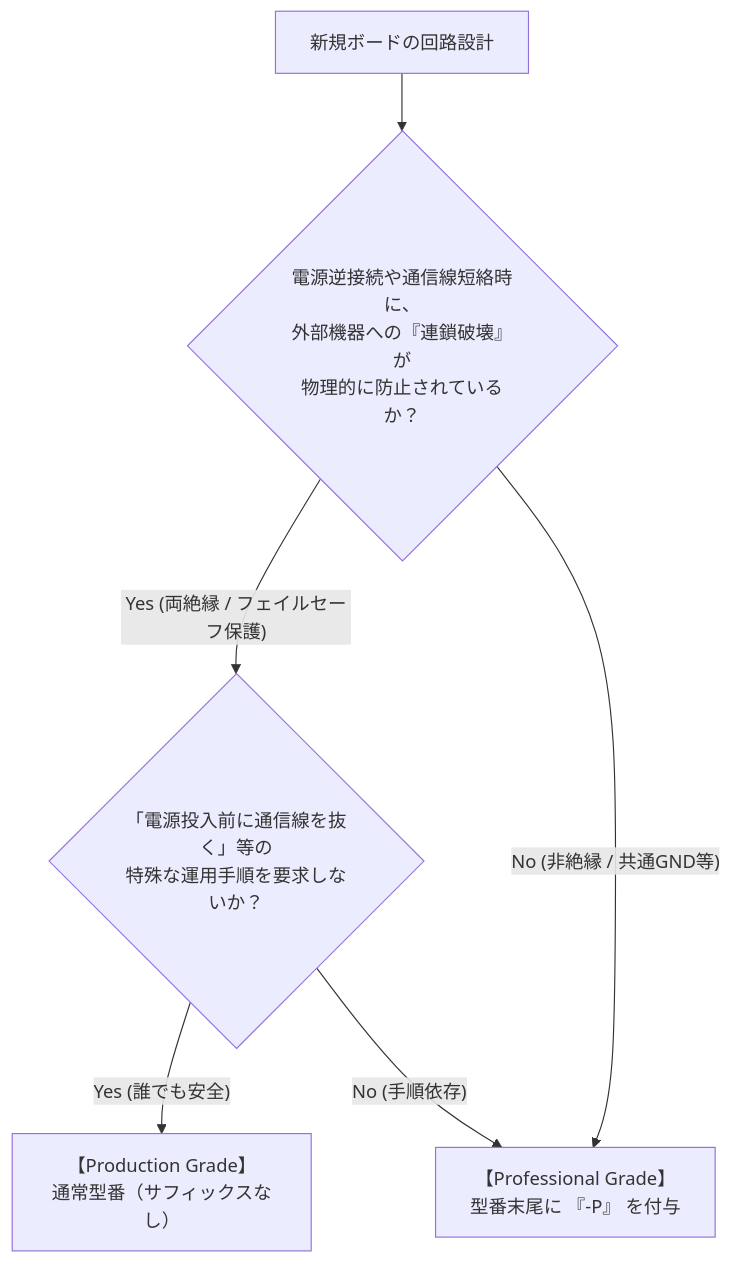
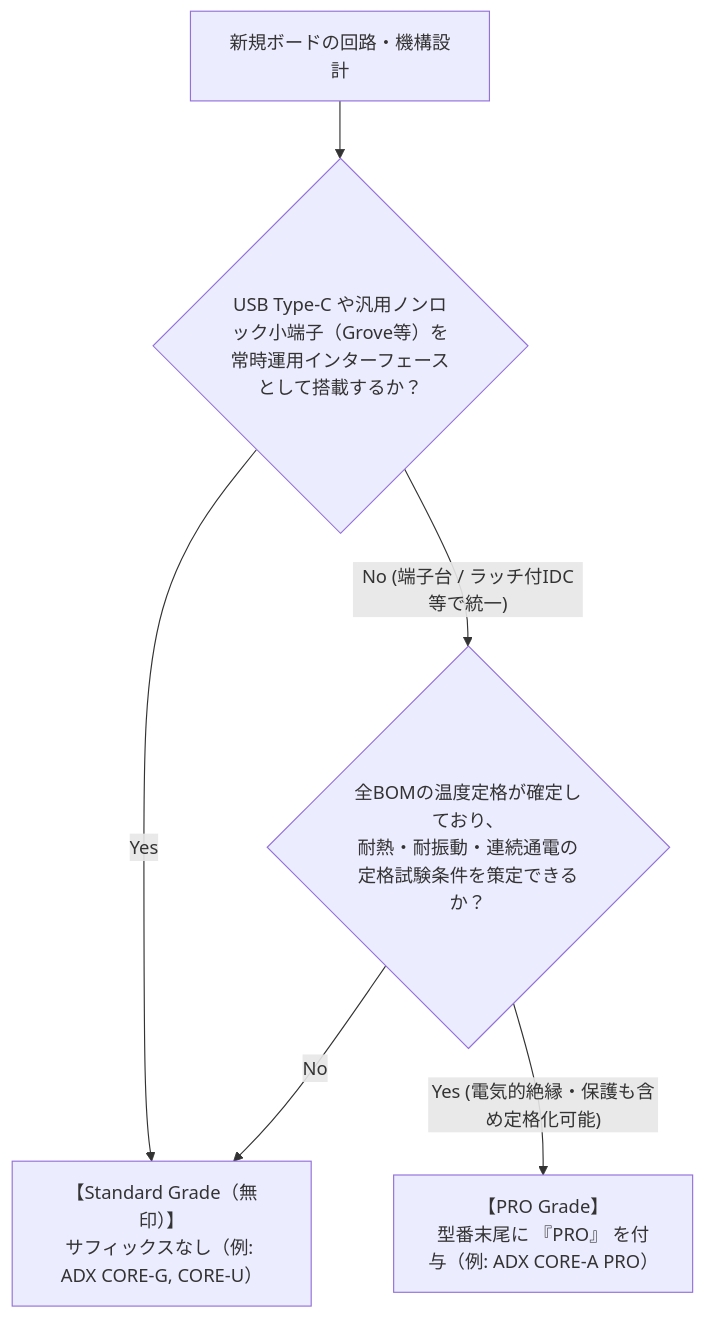
Before and after one commit to Masafuro/ADX: the diagram in docs/ja/hardware_naming_rules.md, drawn with Mermaid. The commit also changed other lines of this file and 8 other files, not shown here.

Commit message:
docs: update hardware naming rules to standard and PRO grade tiers

````diff
--- a/docs/ja/hardware_naming_rules.md
+++ b/docs/ja/hardware_naming_rules.md
@@ -54,8 +54,8 @@
 ```mermaid
 graph TD
-    Start["新規ボードの回路設計"] --> Q1{"電源逆接続や通信線短絡時に、<br/>外部機器への『連鎖破壊』が<br/>物理的に防止されているか？"}
-    Q1 -- "Yes (両絶縁 / フェイルセーフ保護)" --> Q2{"「電源投入前に通信線を抜く」等の<br/>特殊な運用手順を要求しないか？"}
-    Q1 -- "No (非絶縁 / 共通GND等)" --> TierP["【Professional Grade】<br/>型番末尾に 『-P』 を付与"]
-    Q2 -- "Yes (誰でも安全)" --> TierProd["【Production Grade】<br/>通常型番（サフィックスなし）"]
-    Q2 -- "No (手順依存)" --> TierP
+    Start["新規ボードの回路・機構設計"] --> Q1{"USB Type-C や汎用ノンロック小端子（Grove等）を<br/>常時運用インターフェースとして搭載するか？"}
+    Q1 -- "Yes" --> TierStd["【Standard Grade（無印）】<br/>サフィックスなし（例: ADX CORE-G, CORE-U）"]
+    Q1 -- "No (端子台 / ラッチ付IDC等で統一)" --> Q2{"全BOMの温度定格が確定しており、<br/>耐熱・耐振動・連続通電の定格試験条件を策定できるか？"}
+    Q2 -- "Yes (電気的絶縁・保護も含め定格化可能)" --> TierPro["【PRO Grade】<br/>型番末尾に 『PRO』 を付与（例: ADX CORE-A PRO）"]
+    Q2 -- "No" --> TierStd
 ```
````
